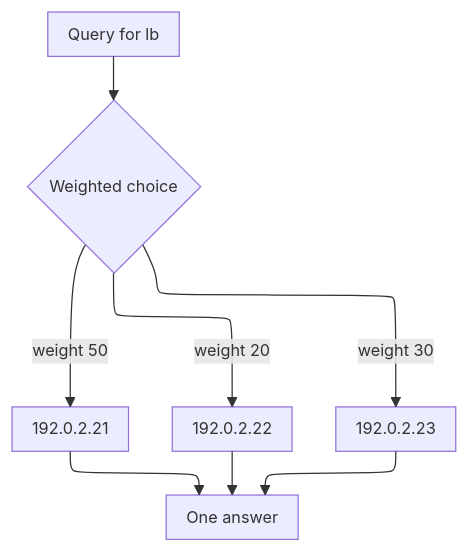
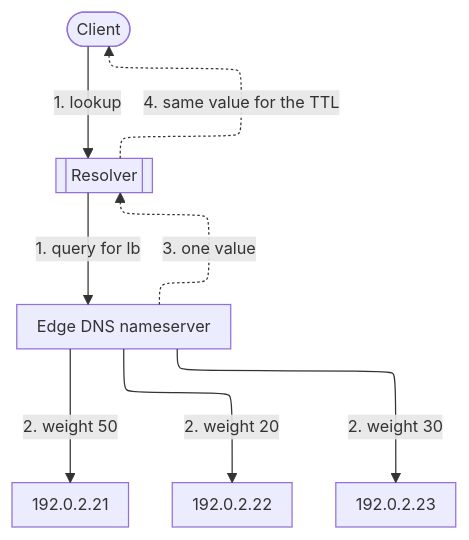
Before and after one commit to aziontech/docs: the third of 4 diagrams in apps/docs/src/content/docs/en/pages/secure/edge-dns/how-it-works.mdx, drawn with Mermaid. The commit also changed other lines of this file and 73 other files, not shown here.

Commit message:
fix(edge-dns): test the Edge DNS section against the product and correct the pages (#2710)

````diff
--- a/apps/docs/src/content/docs/en/pages/secure/edge-dns/how-it-works.mdx
+++ b/apps/docs/src/content/docs/en/pages/secure/edge-dns/how-it-works.mdx
@@ -81,11 +103,17 @@
 ```mermaid
-%%{init: {"layout": "elk", "themeVariables": {"fontSize": "13px"}, "flowchart": {"nodeSpacing": 24, "rankSpacing": 36, "padding": 8, "wrappingWidth": 150, "useMaxWidth": true}, "sequence": {"width": 120, "actorMargin": 30, "useMaxWidth": true}}}%%
+%%{init: {"layout": "elk", "elk": {"cycleBreakingStrategy": "MODEL_ORDER"}, "themeVariables": {"fontSize": "13px"}, "flowchart": {"nodeSpacing": 24, "rankSpacing": 36, "padding": 8, "wrappingWidth": 150, "useMaxWidth": true}, "sequence": {"width": 120, "actorMargin": 30, "useMaxWidth": true}}}%%
 flowchart TD
-  Query["Query for lb"] --> Pick{"Weighted choice"}
-  Pick -->|"weight 50"| R1["192.0.2.21"]
-  Pick -->|"weight 20"| R2["192.0.2.22"]
-  Pick -->|"weight 30"| R3["192.0.2.23"]
-  R1 --> Ans["One answer"]
-  R2 --> Ans
-  R3 --> Ans
+  Client(["Client"])
+  Resolver[["Resolver"]]
+  NS["Edge DNS nameserver"]
+  R1["192.0.2.21"]
+  R2["192.0.2.22"]
+  R3["192.0.2.23"]
+  Client -->|"1. lookup"| Resolver
+  Resolver -->|"1. query for lb"| NS
+  NS -->|"2. weight 50"| R1
+  NS -->|"2. weight 20"| R2
+  NS -->|"2. weight 30"| R3
+  NS -.->|"3. one value"| Resolver
+  Resolver -.->|"4. same value for the TTL"| Client
 ```
````
